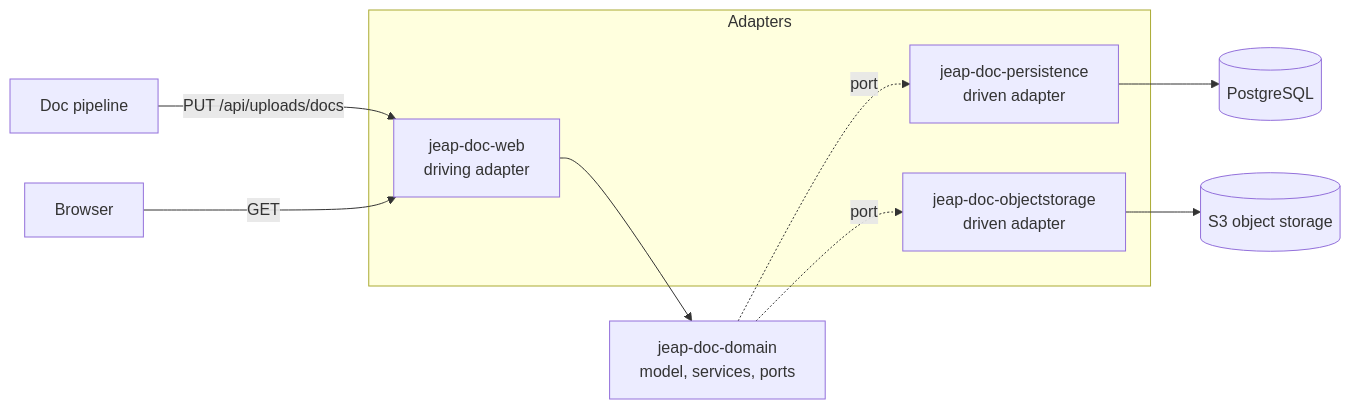
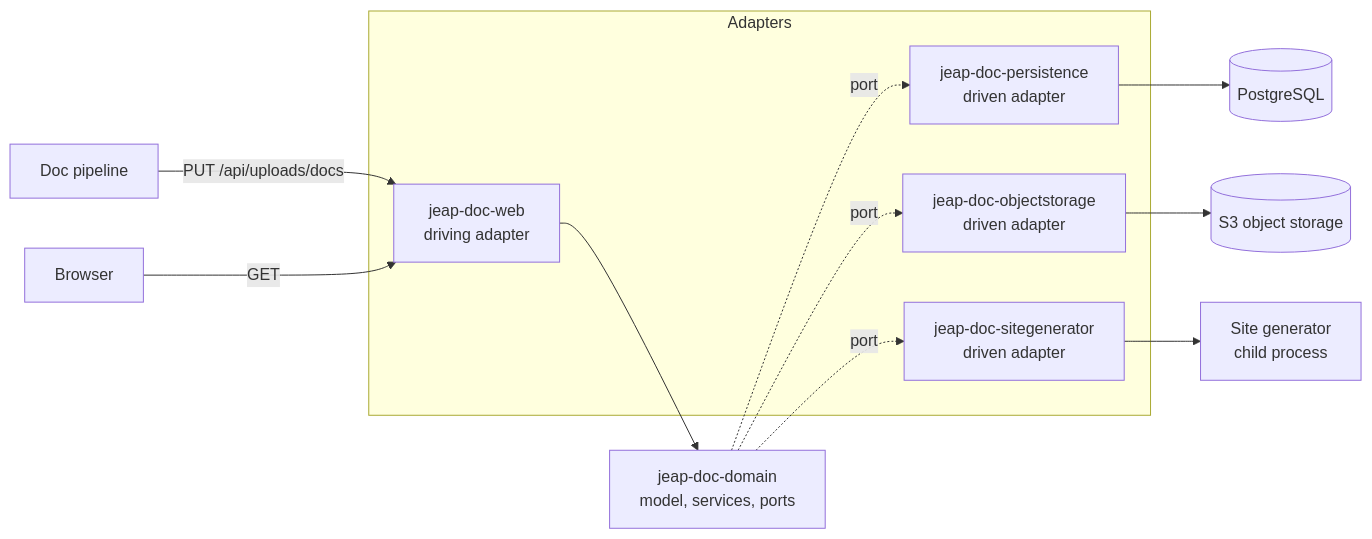
One commit to jeap-admin-ch/jeap-doc-service changed the diagram in docs/architecture.md. Above: the diagram before and after it, drawn with Mermaid. The commit also changed other lines of this file and 189 other files, not shown here.

Commit message:
JEAP-7401 Generate and serve the documentation site

````diff
--- a/docs/architecture.md
+++ b/docs/architecture.md
@@ -8,15 +8,18 @@
 ```mermaid
 flowchart LR
     Pipeline[Doc pipeline] -->|PUT /api/uploads/docs| Web
     Browser[Browser] -->|GET| Web
     subgraph Adapters
         Web[jeap-doc-web<br/>driving adapter]
         Persistence[jeap-doc-persistence<br/>driven adapter]
         Storage[jeap-doc-objectstorage<br/>driven adapter]
+        Generator[jeap-doc-sitegenerator<br/>driven adapter]
     end
     Web --> Domain[jeap-doc-domain<br/>model, services, ports]
     Domain -.->|port| Persistence
     Domain -.->|port| Storage
+    Domain -.->|port| Generator
     Persistence --> Db[(PostgreSQL)]
     Storage --> S3[(S3 object storage)]
+    Generator --> Node[Site generator<br/>child process]
 ```
````
